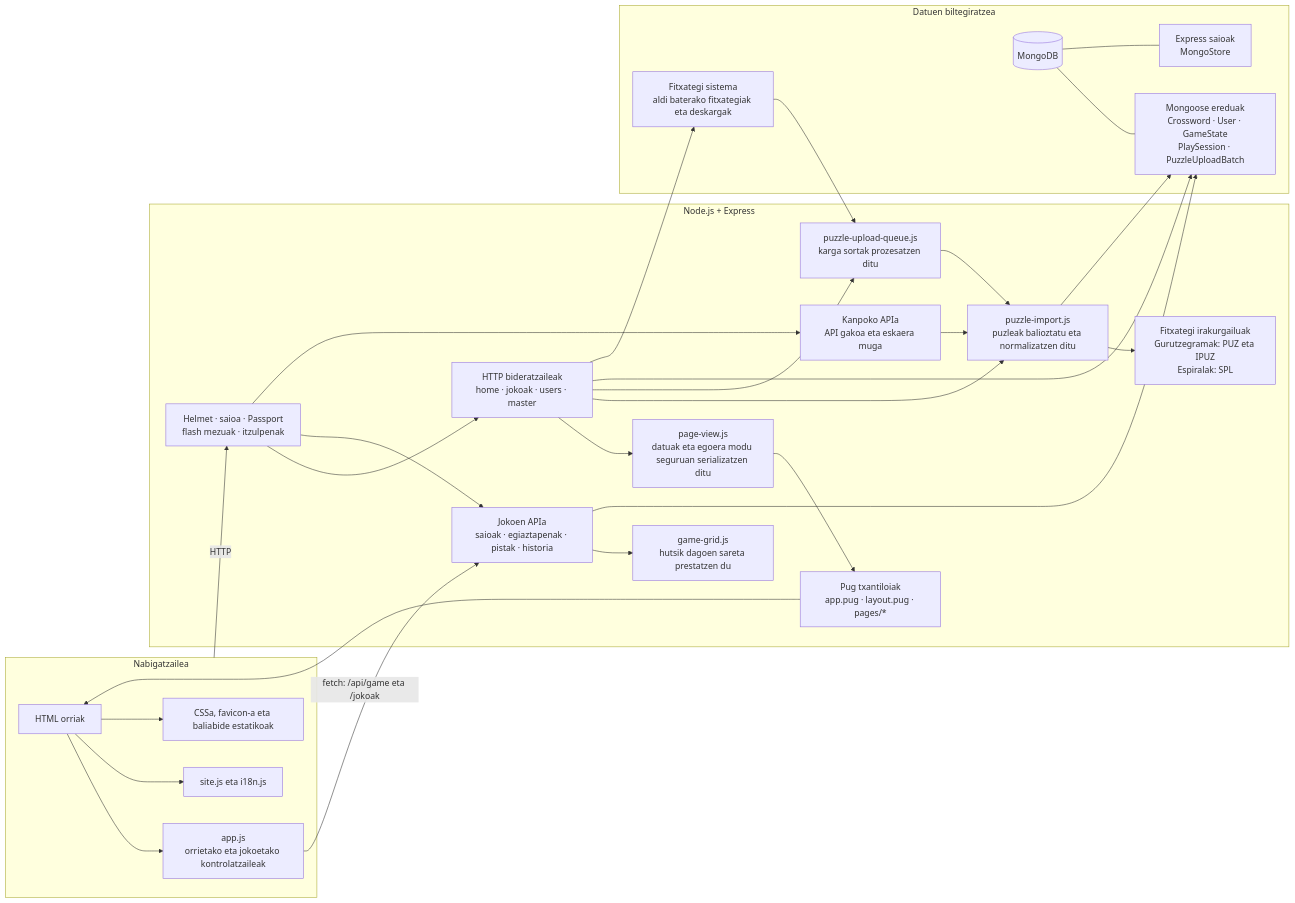
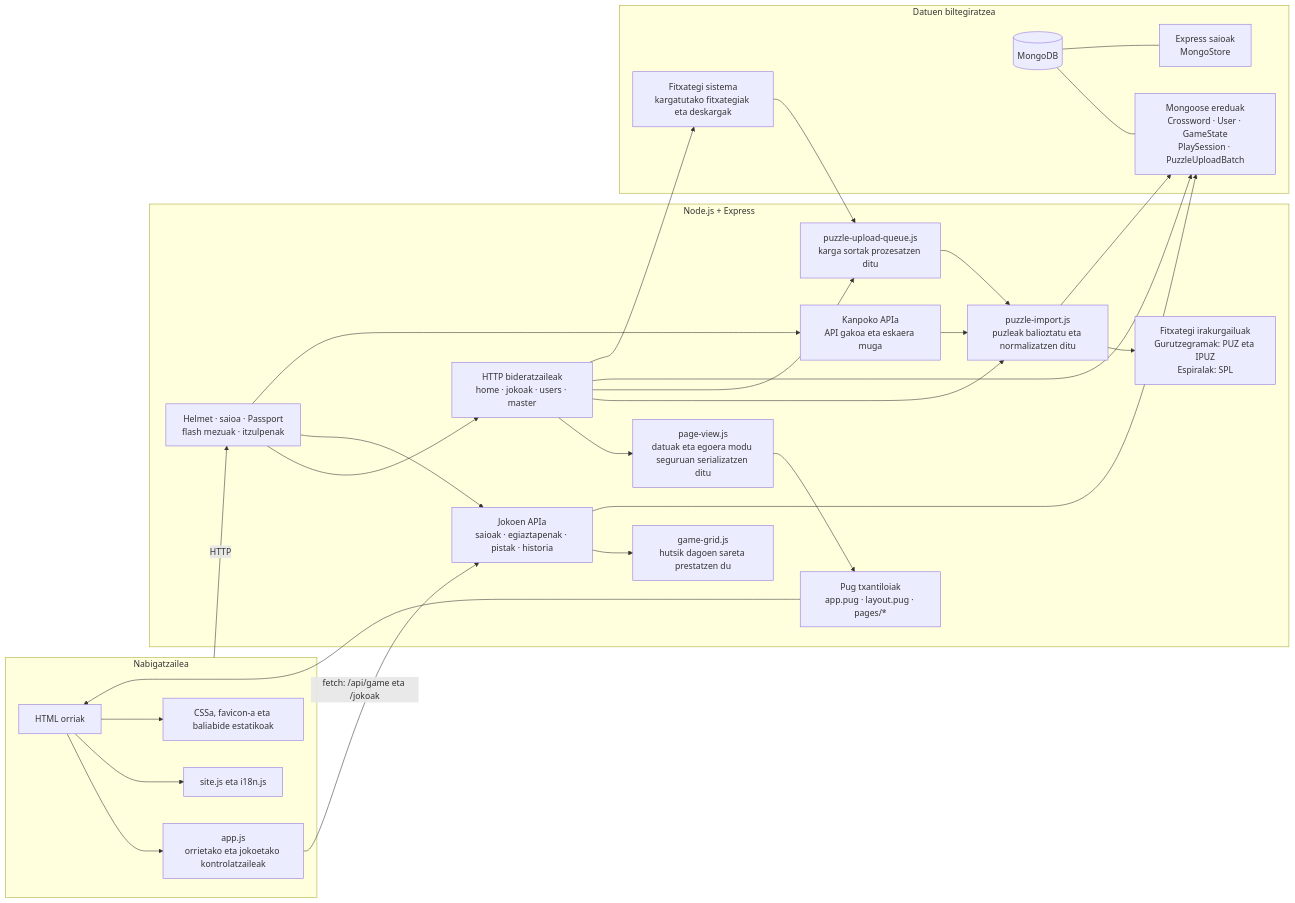
One commit to kopeto/hitzgurutzatuak changed the diagram in docs/ARKITEKTURA.md. Above: the diagram before and after it, drawn with Mermaid. The commit also changed other lines of this file and 9 other files, not shown here.

````diff
--- a/docs/ARKITEKTURA.md
+++ b/docs/ARKITEKTURA.md
@@ -5,52 +5,52 @@
 ```mermaid
 flowchart LR
   subgraph browser["Nabigatzailea"]
     pages["HTML orriak"]
     client["app.js<br/>orrietako eta jokoetako kontrolatzaileak"]
     shell["site.js eta i18n.js"]
     assets["CSSa, favicon-a eta baliabide estatikoak"]
     pages --> client
     pages --> shell
     pages --> assets
   end
 
   subgraph server["Node.js + Express"]
     middleware["Helmet · saioa · Passport<br/>flash mezuak · itzulpenak"]
     routes["HTTP bideratzaileak<br/>home · jokoak · users · master"]
     gameApi["Jokoen APIa<br/>saioak · egiaztapenak · pistak · historia"]
     externalApi["Kanpoko APIa<br/>API gakoa eta eskaera muga"]
     render["page-view.js<br/>datuak eta egoera modu seguruan serializatzen ditu"]
     pug["Pug txantiloiak<br/>app.pug · layout.pug · pages/*"]
     import["puzzle-import.js<br/>puzleak balioztatu eta normalizatzen ditu"]
     queue["puzzle-upload-queue.js<br/>karga sortak prozesatzen ditu"]
     parsers["Fitxategi irakurgailuak<br/>Gurutzegramak: PUZ eta IPUZ<br/>Espiralak: SPL"]
     grid["game-grid.js<br/>hutsik dagoen sareta prestatzen du"]
 
     middleware --> routes
     middleware --> gameApi
     middleware --> externalApi
     routes --> render --> pug --> pages
     gameApi --> grid
     routes --> import
     routes --> queue --> import
     externalApi --> import
     import --> parsers
   end
 
   subgraph persistence["Datuen biltegiratzea"]
     mongo[("MongoDB")]
     sessionStore["Express saioak<br/>MongoStore"]
     models["Mongoose ereduak<br/>Crossword · User · GameState<br/>PlaySession · PuzzleUploadBatch"]
-    files["Fitxategi sistema<br/>aldi baterako fitxategiak eta deskargak"]
+    files["Fitxategi sistema<br/>kargatutako fitxategiak eta deskargak"]
     mongo --- models
     mongo --- sessionStore
     files --> queue
   end
 
   client -- "fetch: /api/game eta /jokoak" --> gameApi
   routes --> models
   gameApi --> models
   import --> models
   routes --> files
   browser -- "HTTP" --> middleware
 ```
````
